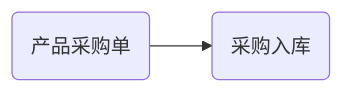
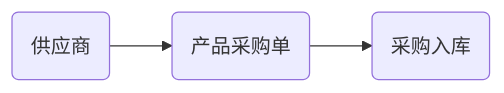
The first of 4 diagrams in 进销存说明.md (Sakura0213/OCQDocument), drawn with Mermaid before and after one commit. The commit also changed other lines of this file and 1 other file, not shown here.

````diff
--- a/进销存说明.md
+++ b/进销存说明.md
@@ -21,4 +19,4 @@
 ```mermaid
 graph LR
-A(产品采购单)-->B(采购入库)
+D(供应商)-->A(产品采购单)-->B(采购入库)
 ```
````
